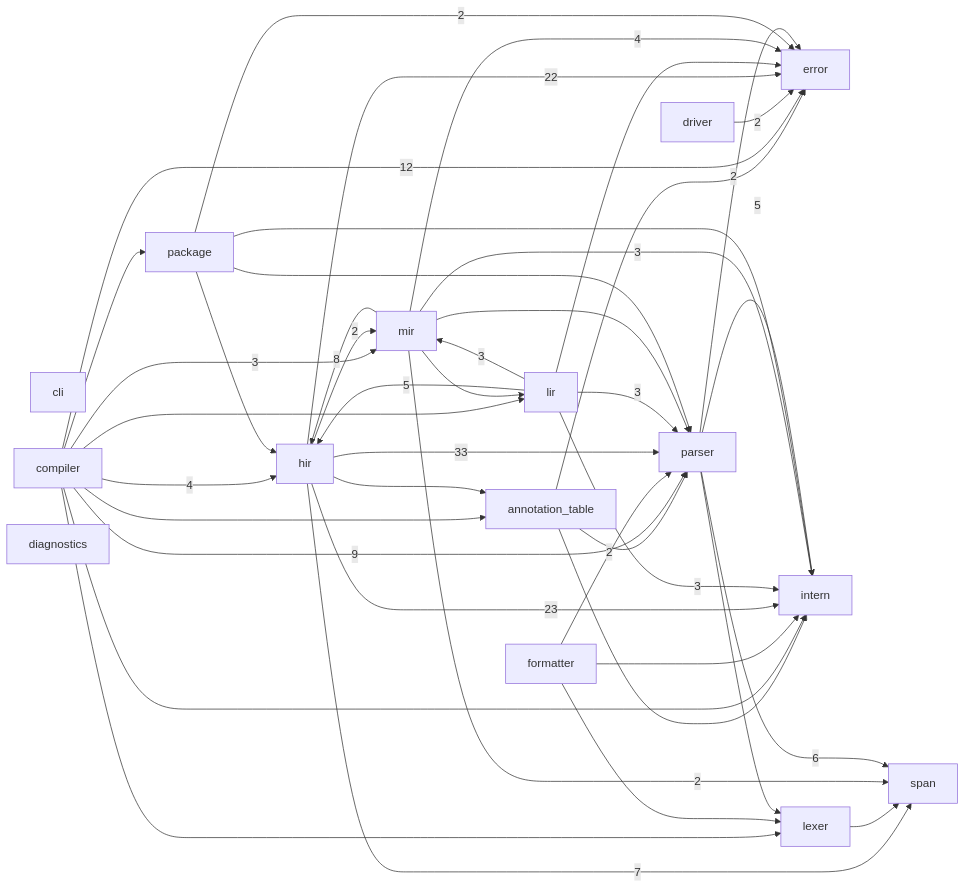
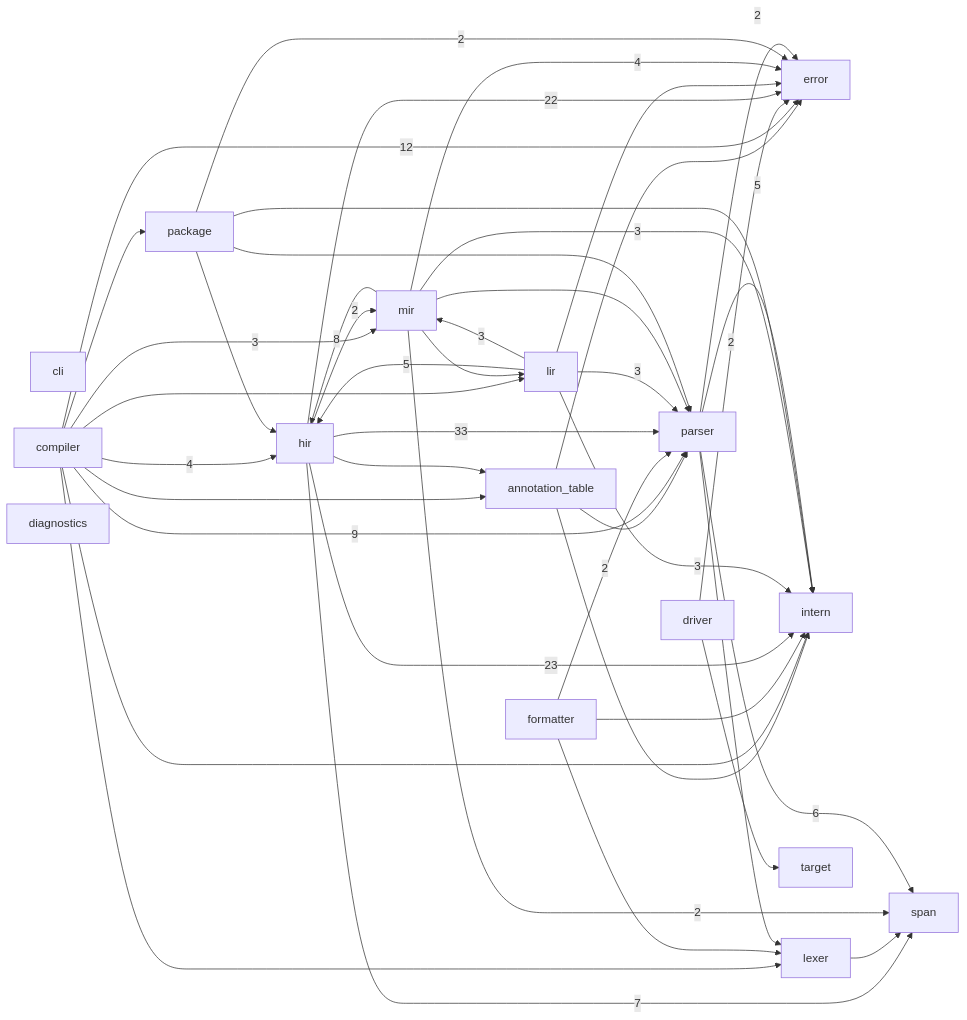
Before and after one commit to ayanami1ei/Ayanami-language: the diagram in docs/module-graph.md, drawn with Mermaid. The commit also changed other lines of this file and 18 other files, not shown here.

````diff
--- a/docs/module-graph.md
+++ b/docs/module-graph.md
@@ -6,60 +6,62 @@
 ```mermaid
 graph LR
     annotation_table
     cli
     compiler
     diagnostics
     driver
     error
     formatter
     hir
     intern
     lexer
     lir
     mir
     package
     parser
     span
+    target
     annotation_table --> error
     annotation_table --> intern
     annotation_table --> parser
     compiler --> annotation_table
     compiler -->|12| error
     compiler -->|4| hir
     compiler --> intern
     compiler --> lexer
     compiler --> lir
     compiler -->|3| mir
     compiler --> package
     compiler -->|9| parser
     driver -->|2| error
+    driver --> target
     formatter --> intern
     formatter --> lexer
     formatter -->|2| parser
     hir --> annotation_table
     hir -->|22| error
     hir -->|23| intern
     hir -->|2| mir
     hir -->|33| parser
     hir -->|7| span
     lexer --> span
     lir --> error
     lir -->|5| hir
     lir -->|3| intern
     lir -->|3| mir
     lir -->|3| parser
     mir -->|4| error
     mir -->|8| hir
     mir -->|3| intern
     mir --> lir
     mir --> parser
     mir -->|2| span
     package -->|2| error
     package --> hir
     package --> intern
     package --> parser
     parser -->|2| error
     parser -->|5| intern
     parser --> lexer
     parser -->|6| span
 ```
````
